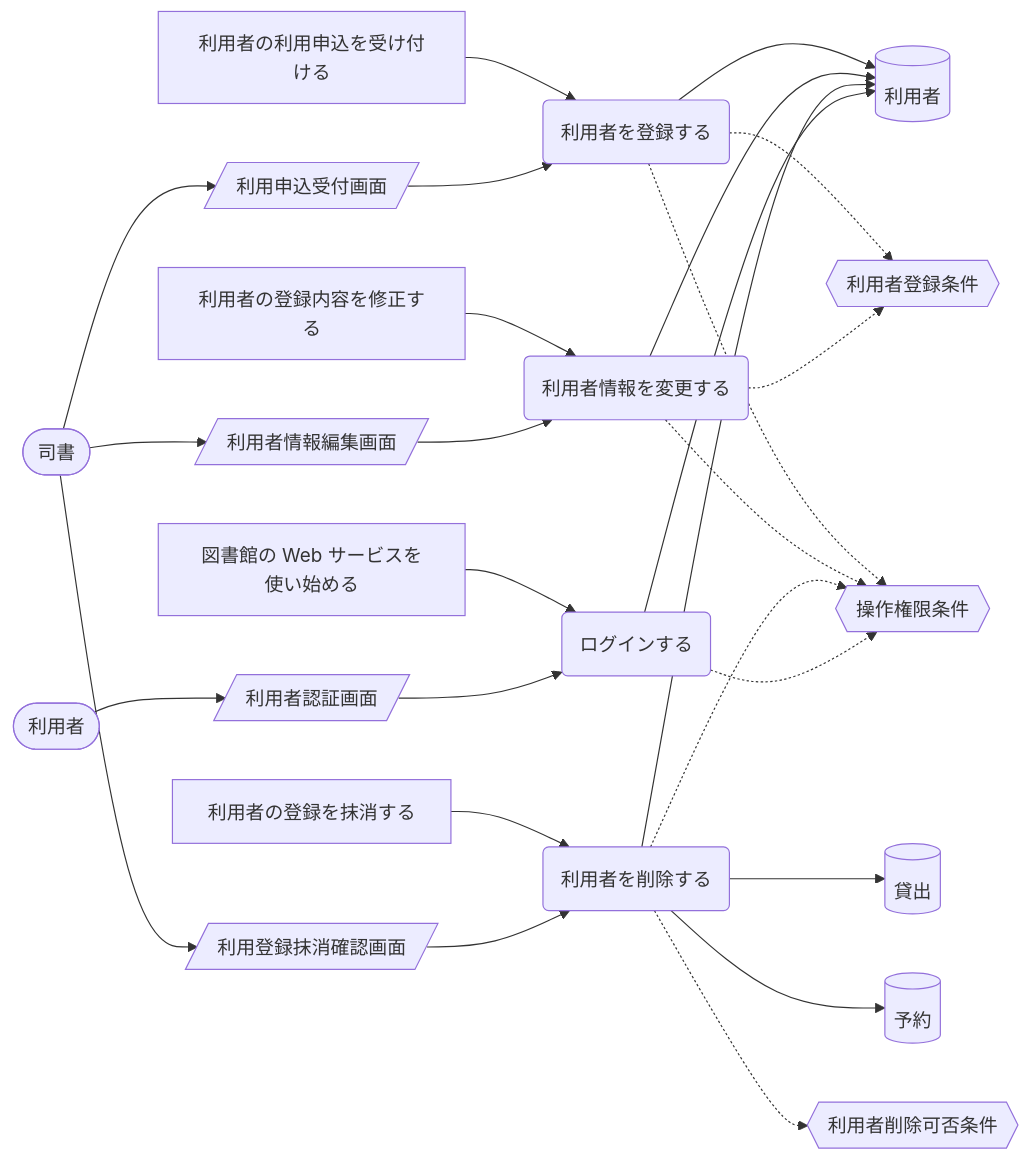
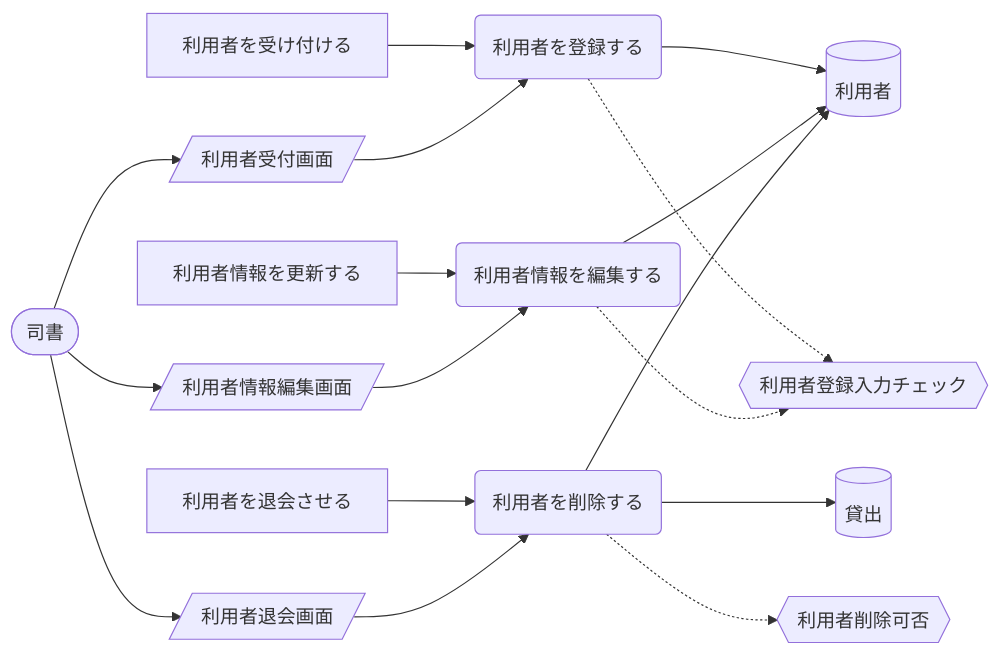
Before and after one commit to suwa-sh/suwa-sh-claude-plugins: the third of 11 diagrams in samples/distillery2/library-loan/docs/requirements/rdra/views/04_UC複合図.md, drawn with Mermaid. The commit also changed other lines of this file and 249 other files, not shown here.

````diff
--- a/samples/distillery2/library-loan/docs/requirements/rdra/views/04_UC複合図.md
+++ b/samples/distillery2/library-loan/docs/requirements/rdra/views/04_UC複合図.md
@@ -112,48 +114,33 @@
 ```mermaid
 graph LR
   UC1("利用者を登録する")
-  AT1["利用者の利用申込を受け付ける"]
+  AT1["利用者を受け付ける"]
   IF1[("利用者")]
-  CD1{{"利用者登録条件"}}
-  CD2{{"操作権限条件"}}
-  SC1[/"利用申込受付画面"/]
+  CD1{{"利用者登録入力チェック"}}
+  SC1[/"利用者受付画面"/]
   AC1(["司書"])
-  UC2("利用者情報を変更する")
-  AT2["利用者の登録内容を修正する"]
+  UC2("利用者情報を編集する")
+  AT2["利用者情報を更新する"]
   SC2[/"利用者情報編集画面"/]
   UC3("利用者を削除する")
-  AT3["利用者の登録を抹消する"]
+  AT3["利用者を退会させる"]
   IF2[("貸出")]
-  IF3[("予約")]
-  CD3{{"利用者削除可否条件"}}
-  SC3[/"利用登録抹消確認画面"/]
-  UC4("ログインする")
-  AT4["図書館の Web サービスを使い始める"]
-  SC4[/"利用者認証画面"/]
-  AC2(["利用者"])
+  CD2{{"利用者削除可否"}}
+  SC3[/"利用者退会画面"/]
   AT1 --> UC1
   UC1 --> IF1
   UC1 -.-> CD1
-  UC1 -.-> CD2
   AC1 --> SC1
   SC1 --> UC1
   AT2 --> UC2
   UC2 --> IF1
   UC2 -.-> CD1
-  UC2 -.-> CD2
   AC1 --> SC2
   SC2 --> UC2
   AT3 --> UC3
   UC3 --> IF1
   UC3 --> IF2
-  UC3 --> IF3
-  UC3 -.-> CD3
   UC3 -.-> CD2
   AC1 --> SC3
   SC3 --> UC3
-  AT4 --> UC4
-  UC4 --> IF1
-  UC4 -.-> CD2
-  AC2 --> SC4
-  SC4 --> UC4
 ```
````
